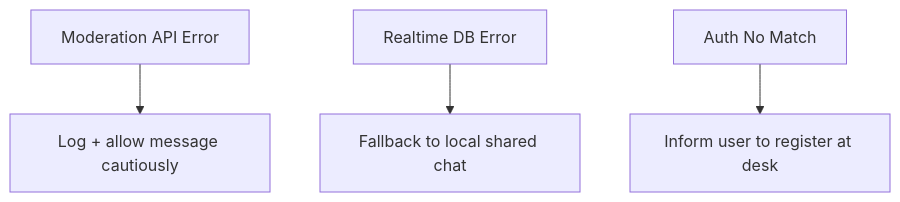
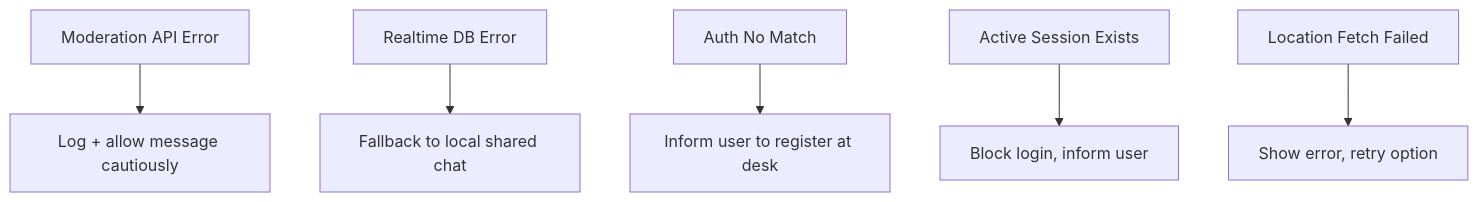
Before and after one commit to xactai/Communitiful: the tenth of 11 diagrams in app_docs/Flow_Diagrams.md, drawn with Mermaid. The commit also changed other lines of this file and 2 other files, not shown here.

Commit message:
Readme Update, FlowDiagrams Updated, ImplementationDocument Updated

````diff
--- a/app_docs/Flow_Diagrams.md
+++ b/app_docs/Flow_Diagrams.md
@@ -208,6 +251,8 @@
 ```mermaid
 flowchart TD
   A[Moderation API Error] --> B[Log + allow message cautiously]
   C[Realtime DB Error] --> D[Fallback to local shared chat]
   E[Auth No Match] --> F[Inform user to register at desk]
+  G[Active Session Exists] --> H[Block login, inform user]
+  I[Location Fetch Failed] --> J[Show error, retry option]
 ```
````
